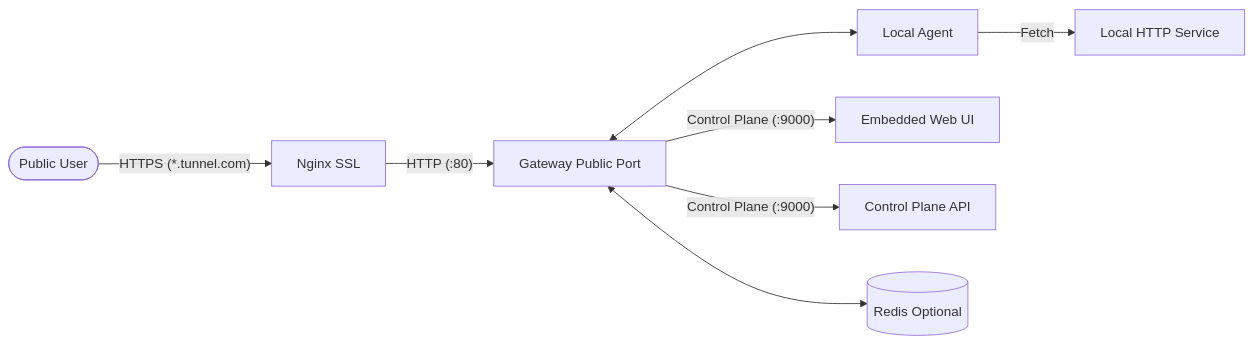
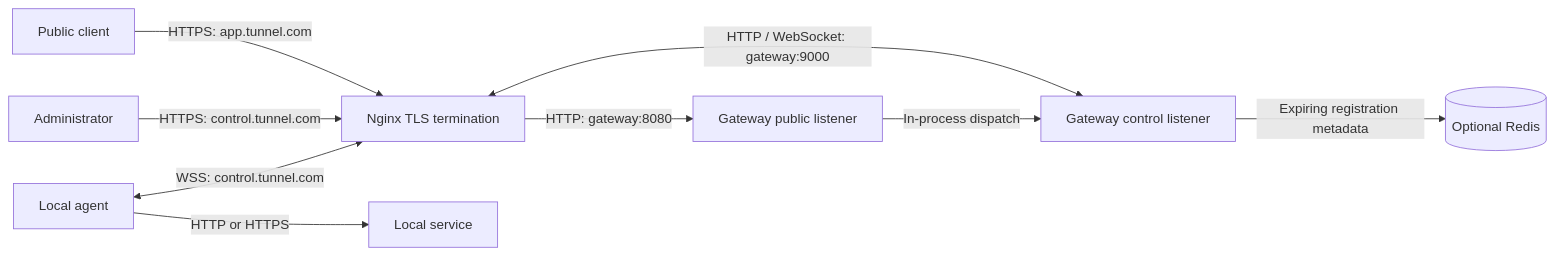
The diagram in README.md (burmeseitman/bar-meet-tunnel), drawn with Mermaid before and after one commit. The commit also changed other lines of this file and 16 other files, not shown here.

````diff
--- a/README.md
+++ b/README.md
@@ -25,10 +25,11 @@
 ```mermaid
 graph LR
-    User([Public User]) -- "HTTPS (*.tunnel.com)" --> Nginx[Nginx SSL]
-    Nginx -- "HTTP (:80)" --> Gateway[Gateway Public Port]
-    Gateway <--> Agent[Local Agent]
-    Gateway -- "Control Plane (:9000)" --> UI[Embedded Web UI]
-    Gateway -- "Control Plane (:9000)" --> API[Control Plane API]
-    Agent -- "Fetch" --> Local[Local HTTP Service]
-    Gateway <--> Redis[(Redis Optional)]
+    Visitor[Public client] -->|HTTPS: app.tunnel.com| Nginx[Nginx TLS termination]
+    Admin[Administrator] -->|HTTPS: control.tunnel.com| Nginx
+    Agent[Local agent] <-->|WSS: control.tunnel.com| Nginx
+    Nginx -->|HTTP: gateway:8080| Public[Gateway public listener]
+    Nginx <-->|HTTP / WebSocket: gateway:9000| Control[Gateway control listener]
+    Public -->|In-process dispatch| Control
+    Agent -->|HTTP or HTTPS| Local[Local service]
+    Control -->|Expiring registration metadata| Redis[(Optional Redis)]
 ```
````
